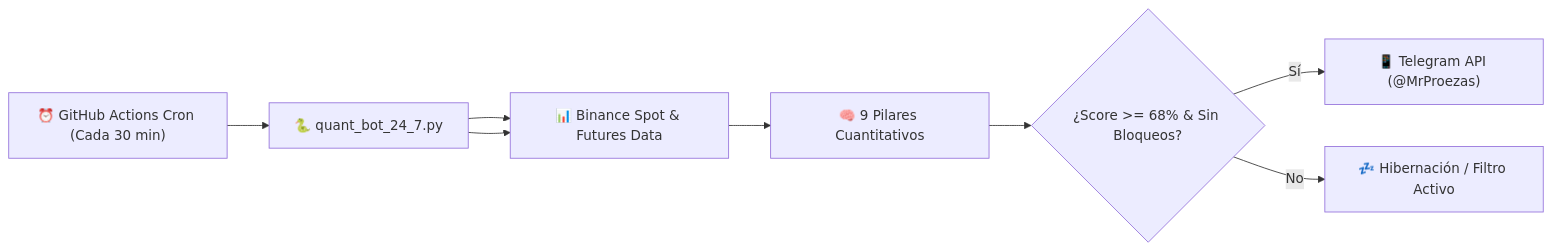
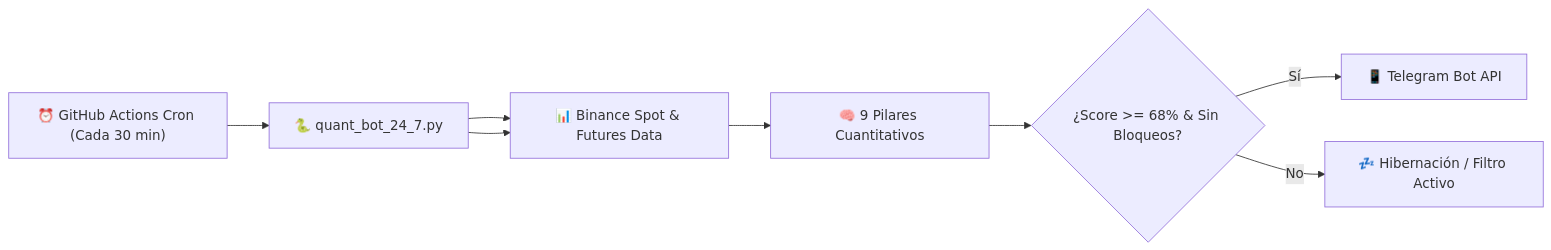
The diagram in README.md (elgrantimerio-max/btc_alert_bot), drawn with Mermaid before and after one commit. The commit also changed other lines of this file and 2 other files, not shown here.

````diff
--- a/README.md
+++ b/README.md
@@ -42,10 +47,10 @@
 ```mermaid
 flowchart LR
     A["⏰ GitHub Actions Cron (Cada 30 min)"] --> B["🐍 quant_bot_24_7.py"]
     B --> C["📊 Binance Spot & Futures Data"]
     B --> C["📊 Binance Spot & Futures Data"]
     C --> D["🧠 9 Pilares Cuantitativos"]
     D --> E{"¿Score >= 68% & Sin Bloqueos?"}
-    E -- Sí --> F["📱 Telegram API (@MrProezas)"]
+    E -- Sí --> F["📱 Telegram Bot API"]
     E -- No --> G["💤 Hibernación / Filtro Activo"]
 ```
````
